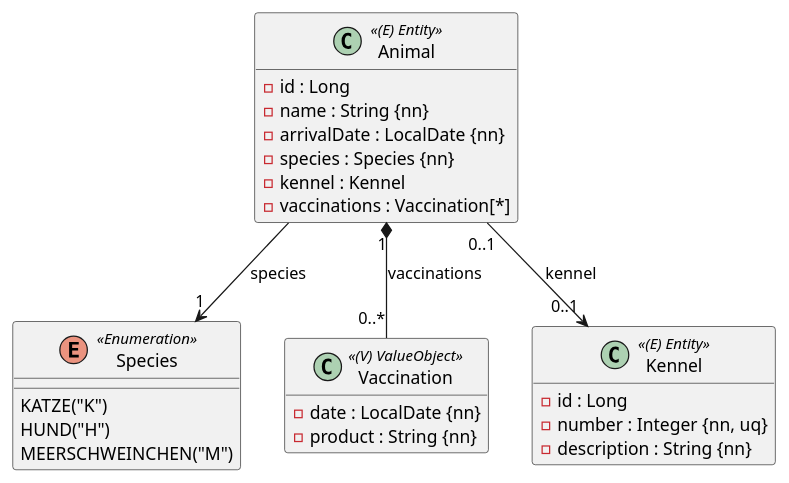
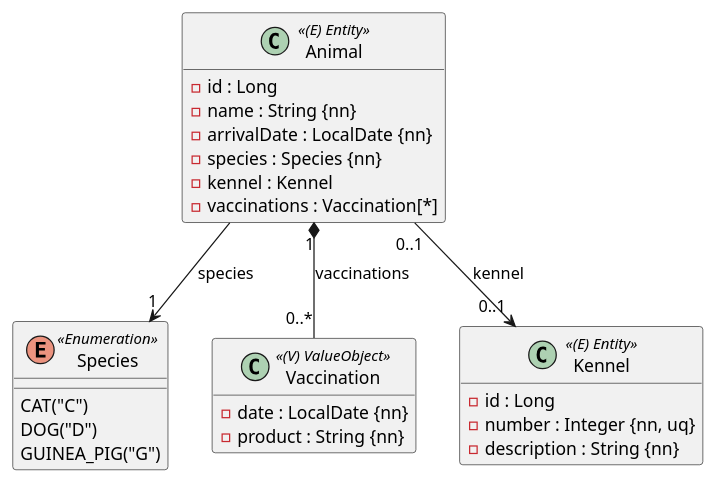
One commit to SJ2627-POS-Lernwerkstatt/SJ2627-POS-Lernwerkstatt.github.io changed the diagram in src/content/pruefungen/exercises/02-tierheim.md. Above: the diagram before and after it, drawn with PlantUML. The commit also changed other lines of this file, not shown here.

Commit message:
fix: Tierheim exam page with English Species constants CAT(C), DOG(D), GUINEA_PIG(G)

````diff
--- a/src/content/pruefungen/exercises/02-tierheim.md
+++ b/src/content/pruefungen/exercises/02-tierheim.md
@@ -39,35 +39,35 @@
 ```plantuml
 @startuml
 hide empty methods
 
 enum Species <<Enumeration>> {
-  KATZE("K")
-  HUND("H")
-  MEERSCHWEINCHEN("M")
+  CAT("C")
+  DOG("D")
+  GUINEA_PIG("G")
 }
 
 class Vaccination <<(V) ValueObject>> {
   - date : LocalDate {nn}
   - product : String {nn}
 }
 
 class Kennel <<(E) Entity>> {
   - id : Long
   - number : Integer {nn, uq}
   - description : String {nn}
 }
 
 class Animal <<(E) Entity>> {
   - id : Long
   - name : String {nn}
   - arrivalDate : LocalDate {nn}
   - species : Species {nn}
   - kennel : Kennel
   - vaccinations : Vaccination[*]
 }
 
 Animal "0..1" --> "0..1" Kennel : kennel
 Animal "1" *-- "0..*" Vaccination : vaccinations
 Animal --> "1" Species : species
 @enduml
 ```
````
